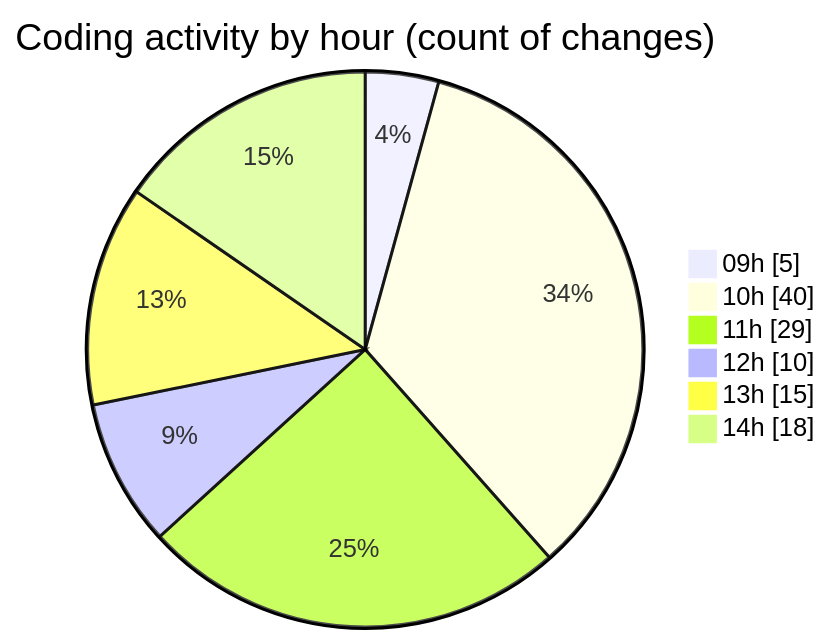
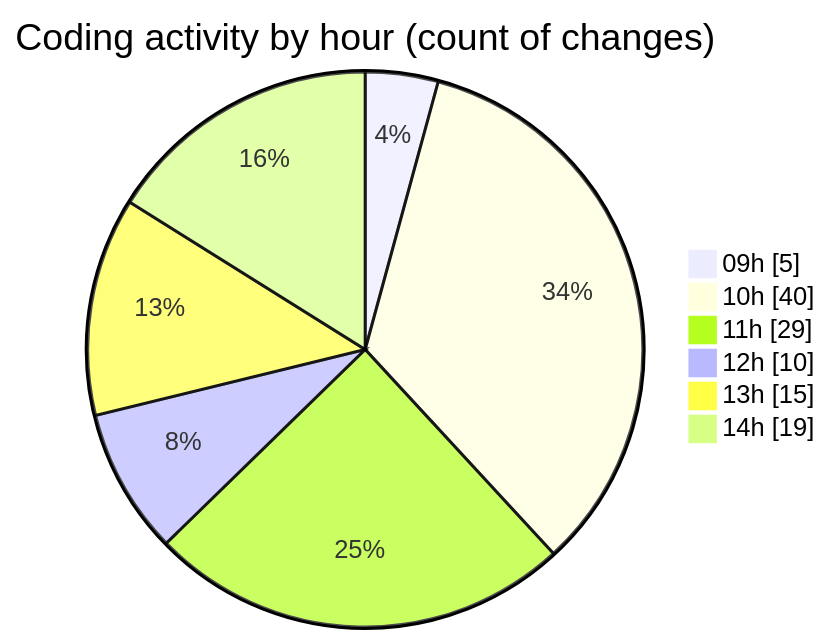
Before and after one commit to CELIANVF/code-tracking: the second of 2 diagrams in 2025-06-02/ecodeli-1/README.md, drawn with Mermaid. The commit also changed other lines of this file and 1 other file, not shown here.

````diff
--- a/2025-06-02/ecodeli-1/README.md
+++ b/2025-06-02/ecodeli-1/README.md
@@ -83,10 +83,10 @@
 ```mermaid
 pie showData
 title Coding activity by hour (count of changes)
 "09h" : 5
 "10h" : 40
 "11h" : 29
 "12h" : 10
 "13h" : 15
-"14h" : 18
+"14h" : 19
 ```
````
